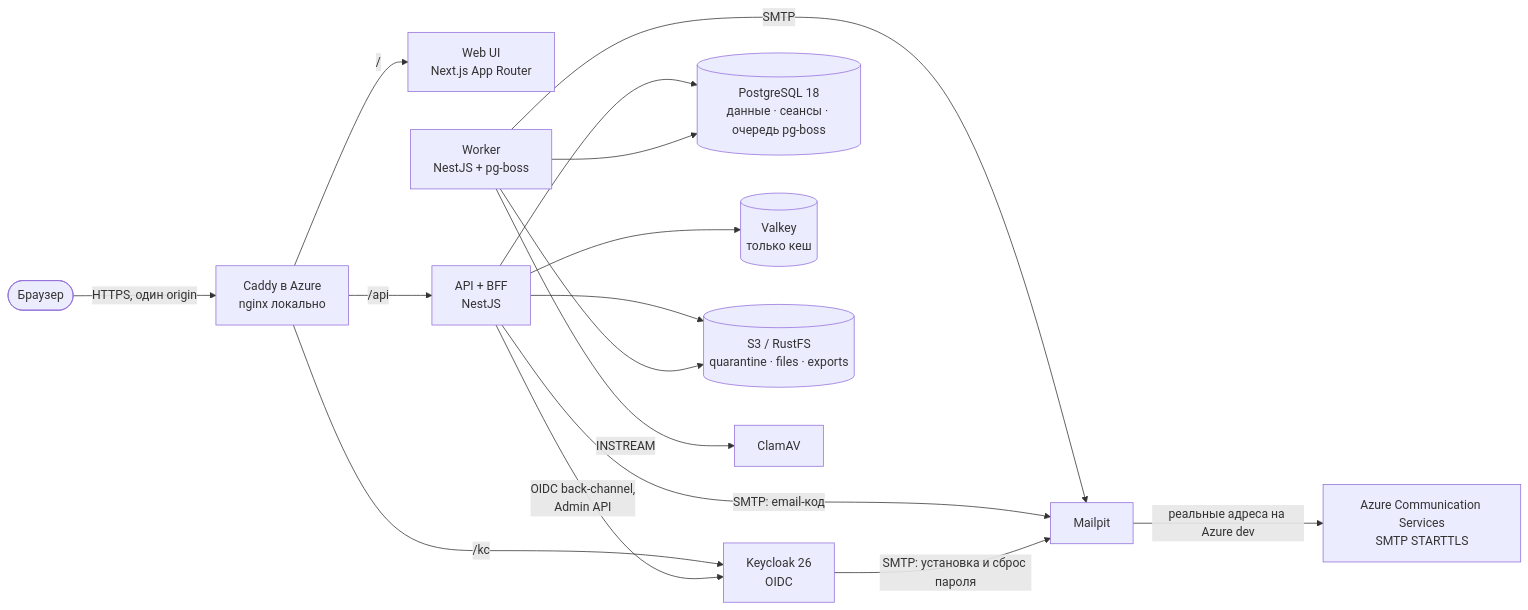
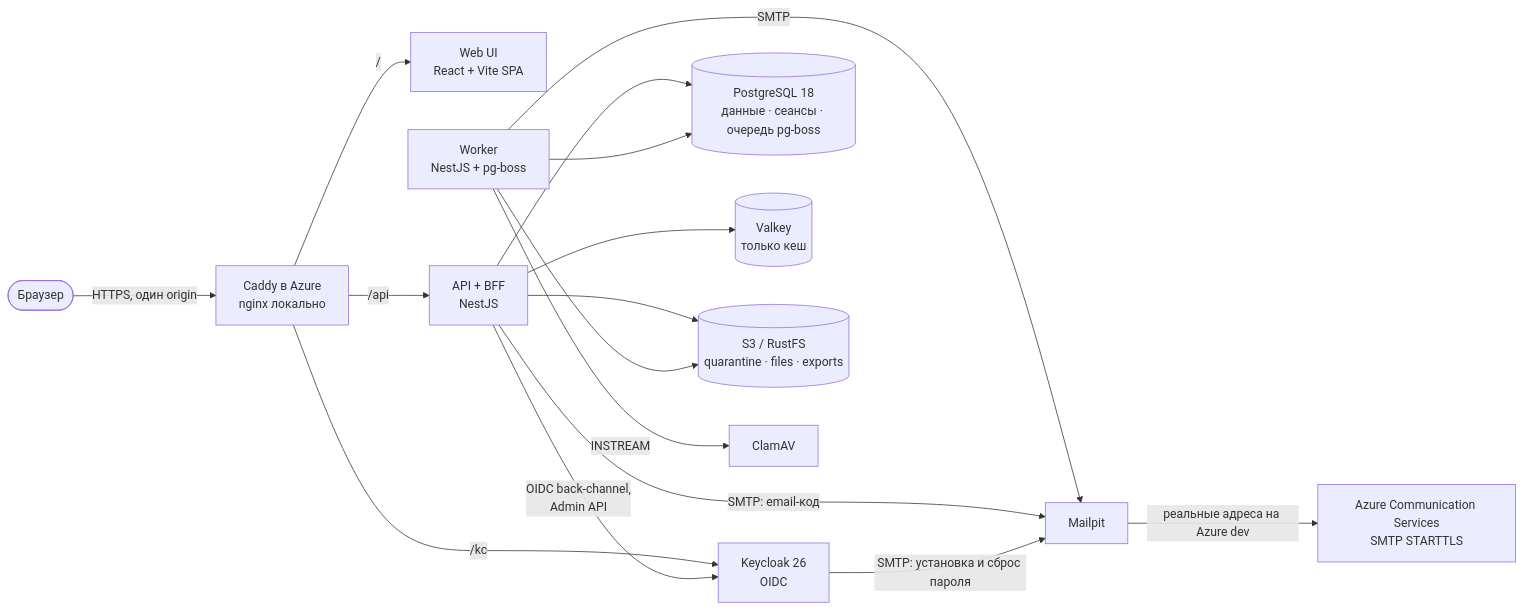
Before and after one commit to Batrbekk/imbc-platform: the first of 2 diagrams in README.md, drawn with Mermaid. The commit also changed other lines of this file and 7 other files, not shown here.

````diff
--- a/README.md
+++ b/README.md
@@ -52,18 +52,18 @@
 ```mermaid
 flowchart LR
   B([Браузер]) -->|HTTPS, один origin| N[Caddy в Azure<br/>nginx локально]
-  N -->|/| W[Web UI<br/>Next.js App Router]
+  N -->|/| W[Web UI<br/>React + Vite SPA]
   N -->|/api| A[API + BFF<br/>NestJS]
   N -->|/kc| K[Keycloak 26<br/>OIDC]
   A -->|OIDC back-channel,<br/>Admin API| K
   A --> P[(PostgreSQL 18<br/>данные · сеансы · очередь pg-boss)]
   A --> V[(Valkey<br/>только кеш)]
   A --> S[(S3 / RustFS<br/>quarantine · files · exports)]
   WK[Worker<br/>NestJS + pg-boss] --> P
   WK --> S
   WK -->|INSTREAM| C[ClamAV]
   WK -->|SMTP| M[Mailpit]
   A -->|SMTP: email-код| M
   K -->|SMTP: установка и сброс пароля| M
   M -->|реальные адреса на Azure dev| E[Azure Communication Services<br/>SMTP STARTTLS]
 ```
````
